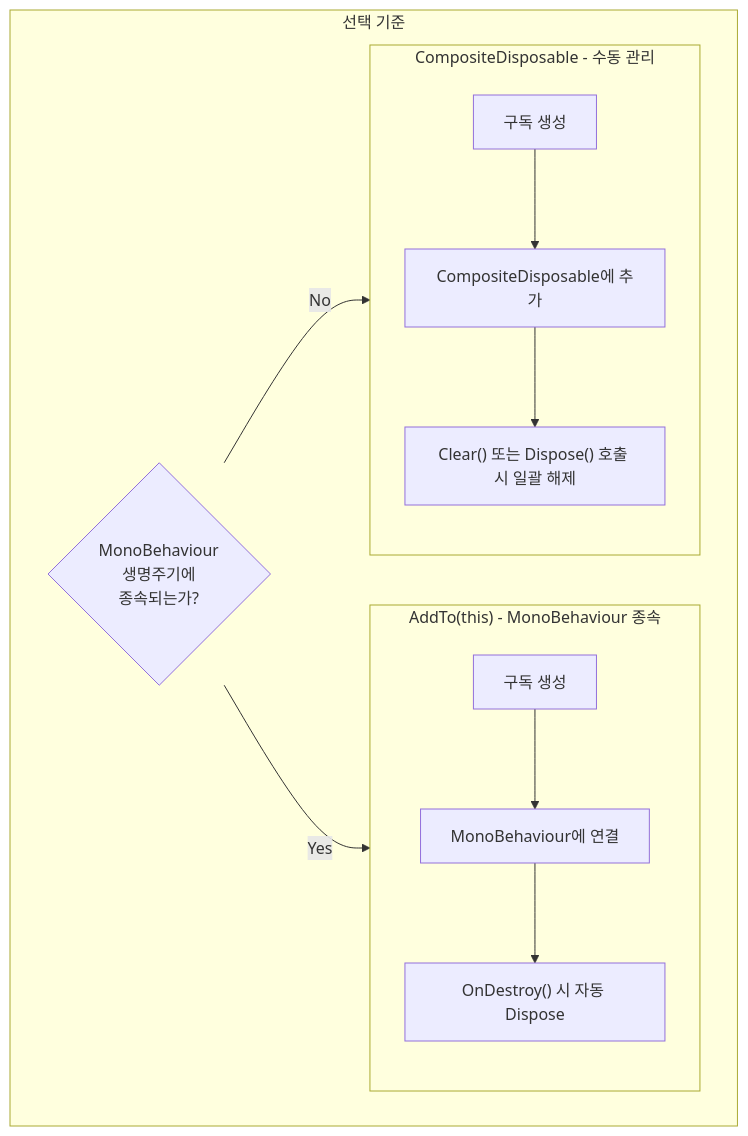
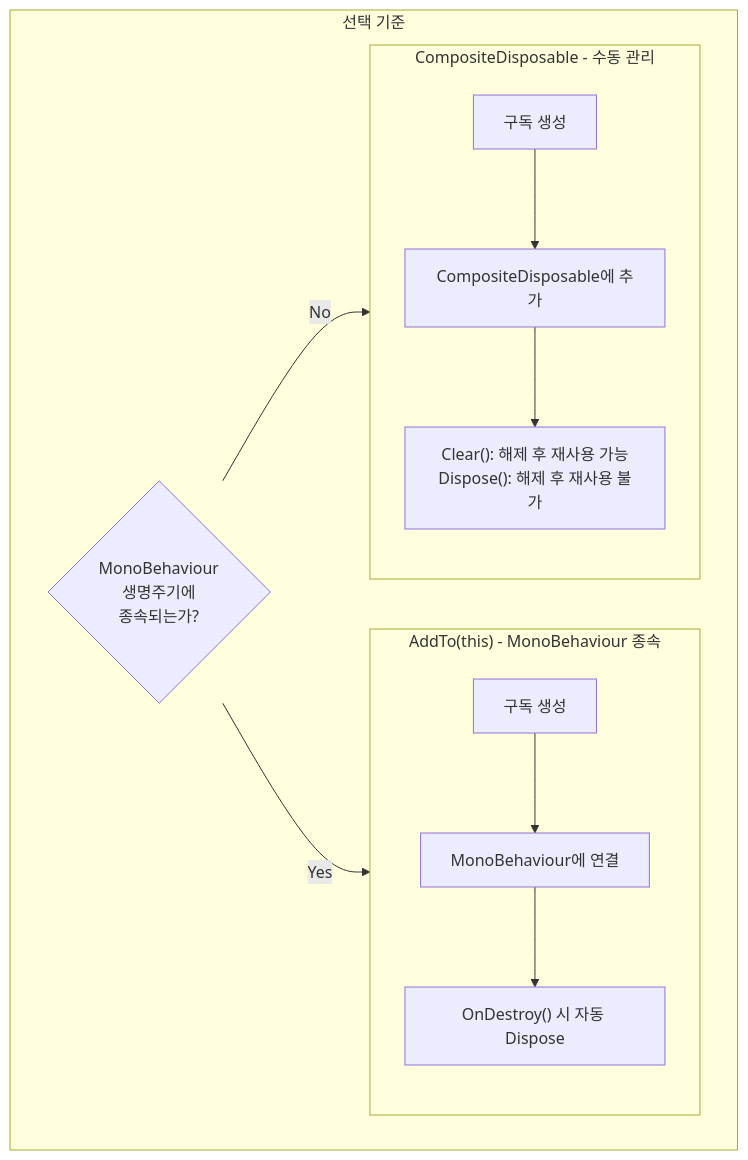
Before and after one commit to Epheria/Epheria.github.io: the sixth of 7 diagrams in _posts/Csharp/UniRx/2025-09-24-MessageBroker.md, drawn with Mermaid. The commit also changed other lines of this file and 2 other files, not shown here.

````diff
--- a/_posts/Csharp/UniRx/2025-09-24-MessageBroker.md
+++ b/_posts/Csharp/UniRx/2025-09-24-MessageBroker.md
@@ -500,18 +555,18 @@
 ```mermaid
 flowchart TB
     subgraph AddTo["AddTo(this) - MonoBehaviour 종속"]
         A1["구독 생성"] --> A2["MonoBehaviour에 연결"]
         A2 --> A3["OnDestroy() 시 자동 Dispose"]
     end
 
     subgraph Composite["CompositeDisposable - 수동 관리"]
         C1["구독 생성"] --> C2["CompositeDisposable에 추가"]
-        C2 --> C3["Clear() 또는 Dispose() 호출 시 일괄 해제"]
+        C2 --> C3["Clear(): 해제 후 재사용 가능<br/>Dispose(): 해제 후 재사용 불가"]
     end
 
     subgraph Choose["선택 기준"]
         Q{"MonoBehaviour<br/>생명주기에<br/>종속되는가?"}
         Q -->|Yes| AddTo
         Q -->|No| Composite
     end
 ```
````
